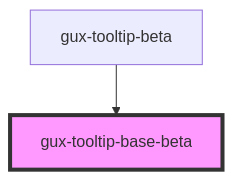
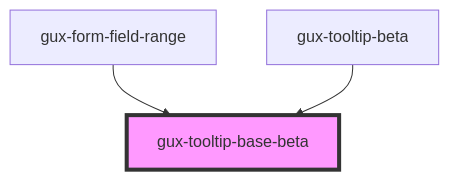
Before and after one commit to MyPureCloud/genesys-spark: the diagram in packages/genesys-spark-components/src/components/beta/gux-tooltip-base/readme.md, drawn with Mermaid. The commit also changed other lines of this file and 8 other files, not shown here.

````diff
--- a/packages/genesys-spark-components/src/components/beta/gux-tooltip-base/readme.md
+++ b/packages/genesys-spark-components/src/components/beta/gux-tooltip-base/readme.md
@@ -55,5 +58,6 @@
 ```mermaid
 graph TD;
+  gux-form-field-range --> gux-tooltip-base-beta
   gux-tooltip-beta --> gux-tooltip-base-beta
   style gux-tooltip-base-beta fill:#f9f,stroke:#333,stroke-width:4px
 ```
````
